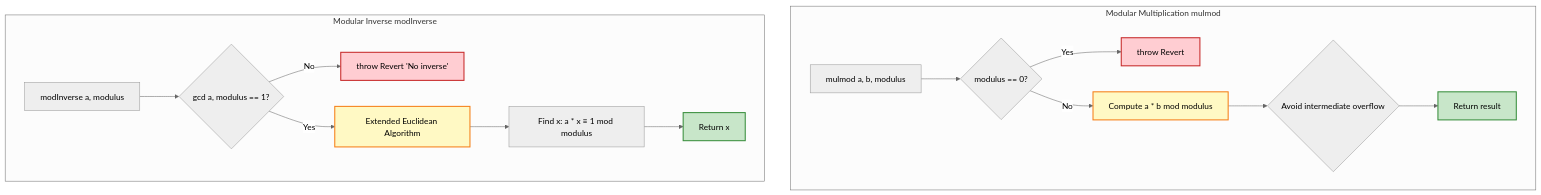
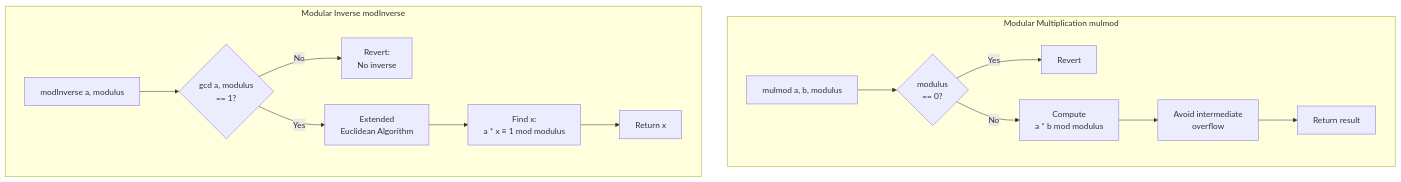
The fourth of 5 diagrams in docs/api-reference/safe-math.md (btc-vision/btc-runtime), drawn with Mermaid before and after one commit. The commit also changed other lines of this file and 1 other file, not shown here.

First line of the commit message:
Refactor and simplify Mermaid diagrams in docs

````diff
--- a/docs/api-reference/safe-math.md
+++ b/docs/api-reference/safe-math.md
@@ -454,30 +417,18 @@
 ```mermaid
----
-config:
-  theme: neutral
-  look: classic
----
 flowchart TB
     subgraph "Modular Multiplication mulmod"
-        A[mulmod a, b, modulus] --> B{modulus == 0?}
-        B -->|Yes| C[throw Revert]
-        B -->|No| D[Compute a * b mod modulus]
-        D --> E{Avoid intermediate overflow}
+        A[mulmod a, b, modulus] --> B{modulus<br/>== 0?}
+        B -->|Yes| C[Revert]
+        B -->|No| D[Compute<br/>a * b mod modulus]
+        D --> E[Avoid intermediate<br/>overflow]
         E --> F[Return result]
     end
 
     subgraph "Modular Inverse modInverse"
-        G[modInverse a, modulus] --> H{gcd a, modulus == 1?}
-        H -->|No| I[throw Revert 'No inverse']
-        H -->|Yes| J[Extended Euclidean Algorithm]
-        J --> K[Find x: a * x ≡ 1 mod modulus]
+        G[modInverse a, modulus] --> H{gcd a, modulus<br/>== 1?}
+        H -->|No| I[Revert:<br/>No inverse]
+        H -->|Yes| J[Extended<br/>Euclidean Algorithm]
+        J --> K[Find x:<br/>a * x ≡ 1 mod modulus]
         K --> L[Return x]
     end
-
-    style C fill:#ffcdd2,stroke:#c62828,stroke-width:2px
-    style I fill:#ffcdd2,stroke:#c62828,stroke-width:2px
-    style F fill:#c8e6c9,stroke:#388e3c,stroke-width:2px
-    style L fill:#c8e6c9,stroke:#388e3c,stroke-width:2px
-    style D fill:#fff9c4,stroke:#f57f17,stroke-width:2px
-    style J fill:#fff9c4,stroke:#f57f17,stroke-width:2px
 ```
````
